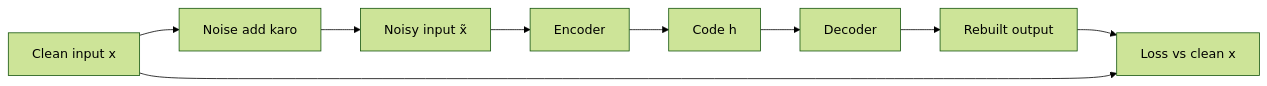
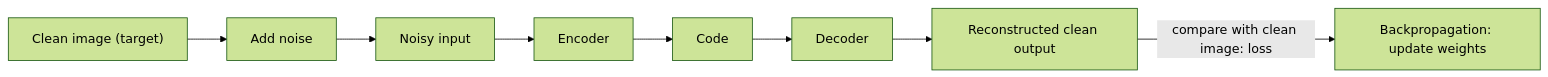
Before and after one commit to TrendySloth1001/sem-seven-notes: the diagram in content/deep-learning/pyq/2023-12/q1d.hi.mdx, drawn with Mermaid (forest theme). The commit also changed other lines of this file and 254 other files, not shown here.

Commit message:
Rewrite the backpropagation, gradient descent, regularization and autoencoder notes and their 29 answers from the teachers' class files. They use 185 teacher figures with class-notes citations only, and correct the AdaGrad, RMSProp, Nesterov and batch-norm numbers on the slides.

````diff
--- a/content/deep-learning/pyq/2023-12/q1d.hi.mdx
+++ b/content/deep-learning/pyq/2023-12/q1d.hi.mdx
@@ -19,12 +13,11 @@
 ```mermaid
-%% caption: Loss rebuilt output ko clean input se compare karta hai, noisy wale se nahi.
+%% caption: Denoising autoencoder. Input noisy hai par loss clean image ke against calculate hota hai.
 flowchart LR
-  X["Clean input x"] --> N["Noise add karo"]
-  N --> XT["Noisy input x̃"]
-  XT --> E["Encoder"]
-  E --> H["Code h"]
-  H --> D["Decoder"]
-  D --> R["Rebuilt output"]
-  R --> L["Loss vs clean x"]
-  X --> L
+  A["Clean image (target)"] --> B["Add noise"]
+  B --> C["Noisy input"]
+  C --> D["Encoder"]
+  D --> E["Code"]
+  E --> F["Decoder"]
+  F --> G["Reconstructed clean output"]
+  G -->|"compare with clean image: loss"| H["Backpropagation: update weights"]
 ```
````
